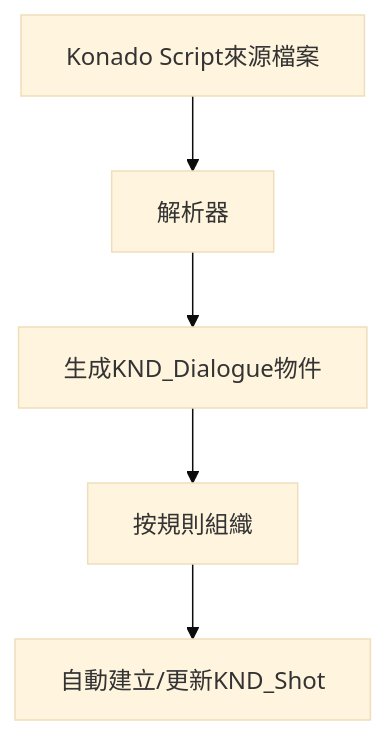
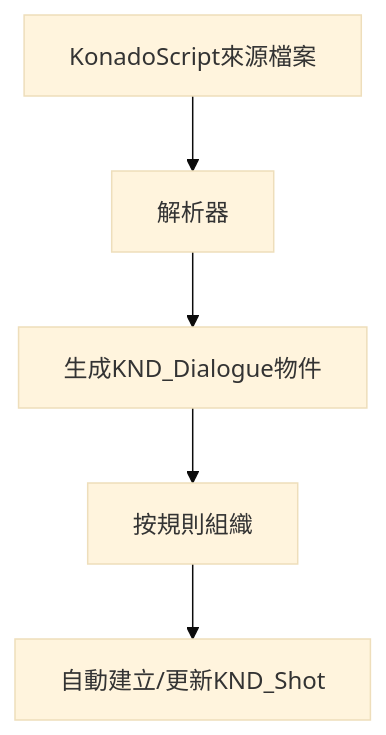
Before and after one commit to DSOE1024/konado: the diagram in docs/tc/2.6/tutorial/core/shot-and-dialogue.md, drawn with Mermaid (base theme). The commit also changed other lines of this file and 49 other files, not shown here.

````diff
--- a/docs/tc/2.6/tutorial/core/shot-and-dialogue.md
+++ b/docs/tc/2.6/tutorial/core/shot-and-dialogue.md
@@ -32,8 +32,8 @@
 ```mermaid
 graph TD
-    A["Konado Script來源檔案"] --> B["解析器"]
+    A["KonadoScript來源檔案"] --> B["解析器"]
     B --> C["生成KND_Dialogue物件"]
     C --> D["按規則組織"]
     D --> E["自動建立/更新KND_Shot"]
 
 ```
````
